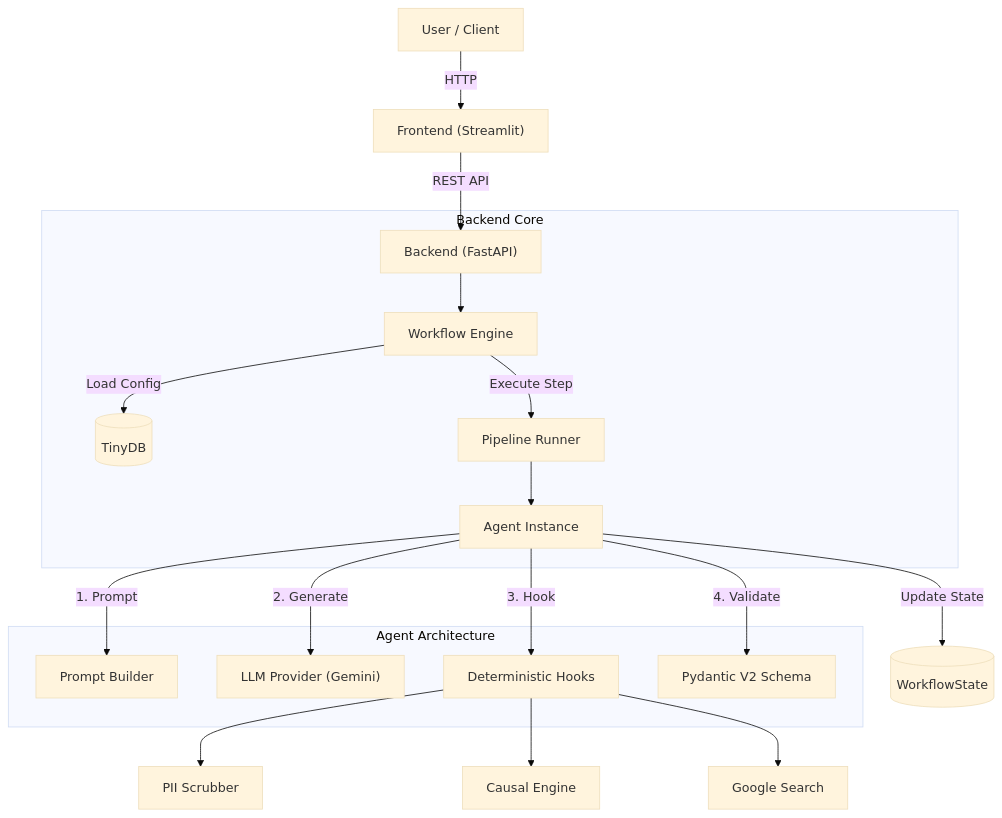
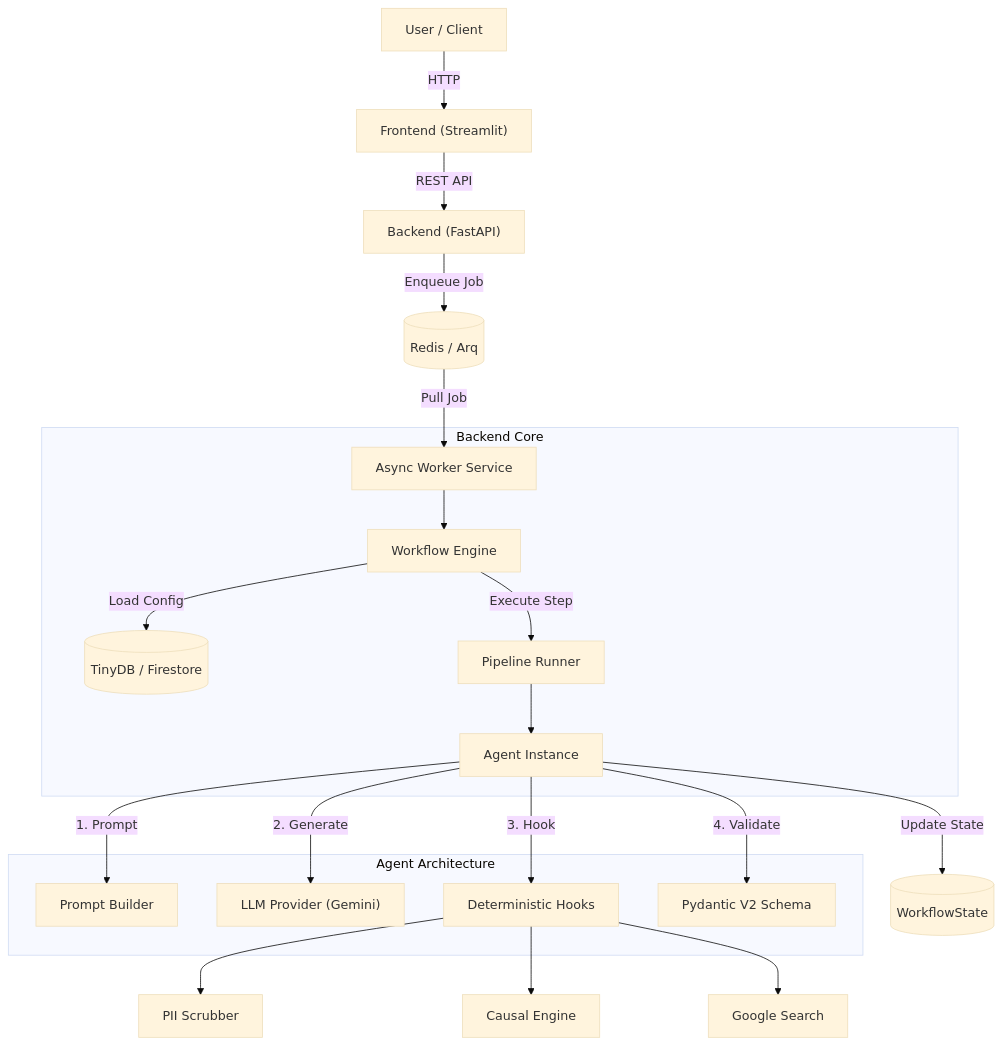
The diagram in docs/architecture.md (launis/quorum), drawn with Mermaid (base theme) before and after one commit. The commit also changed other lines of this file and 159 other files, not shown here.

````diff
--- a/docs/architecture.md
+++ b/docs/architecture.md
@@ -7,26 +7,29 @@
 ```mermaid
 graph TD
     User["User / Client"] -->|HTTP| Streamlit["Frontend (Streamlit)"]
     Streamlit -->|REST API| Backend["Backend (FastAPI)"]
     
+    Backend -->|Enqueue Job| Redis[(Redis / Arq)]
+    Redis -->|Pull Job| Worker["Async Worker Service"]
+    
     subgraph "Backend Core"
-        Backend --> Engine["Workflow Engine"]
-        Engine -->|Load Config| DB[("TinyDB")]
+        Worker --> Engine["Workflow Engine"]
+        Engine -->|Load Config| DB[("TinyDB / Firestore")]
         Engine -->|Execute Step| Runner["Pipeline Runner"]
         
         Runner --> Agent["Agent Instance"]
     end
     
     subgraph "Agent Architecture"
         Agent -->|1. Prompt| PromptBuilder["Prompt Builder"]
         Agent -->|2. Generate| LLM["LLM Provider (Gemini)"]
         Agent -->|3. Hook| Hooks["Deterministic Hooks"]
         Agent -->|4. Validate| Schema["Pydantic V2 Schema"]
     end
     
     Hooks --> PII["PII Scrubber"]
     Hooks --> Causal["Causal Engine"]
     Hooks --> Search["Google Search"]
     
     Agent -->|Update State| State[("WorkflowState")]
 ```
````
